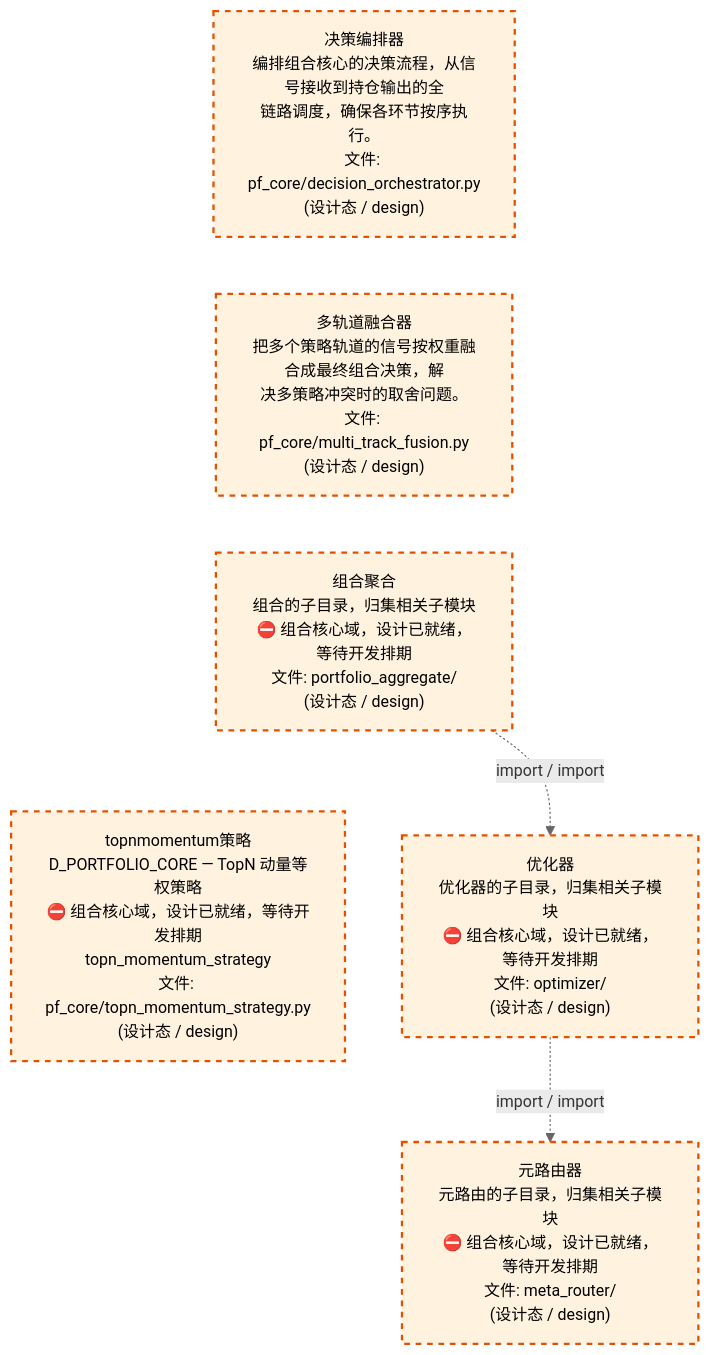
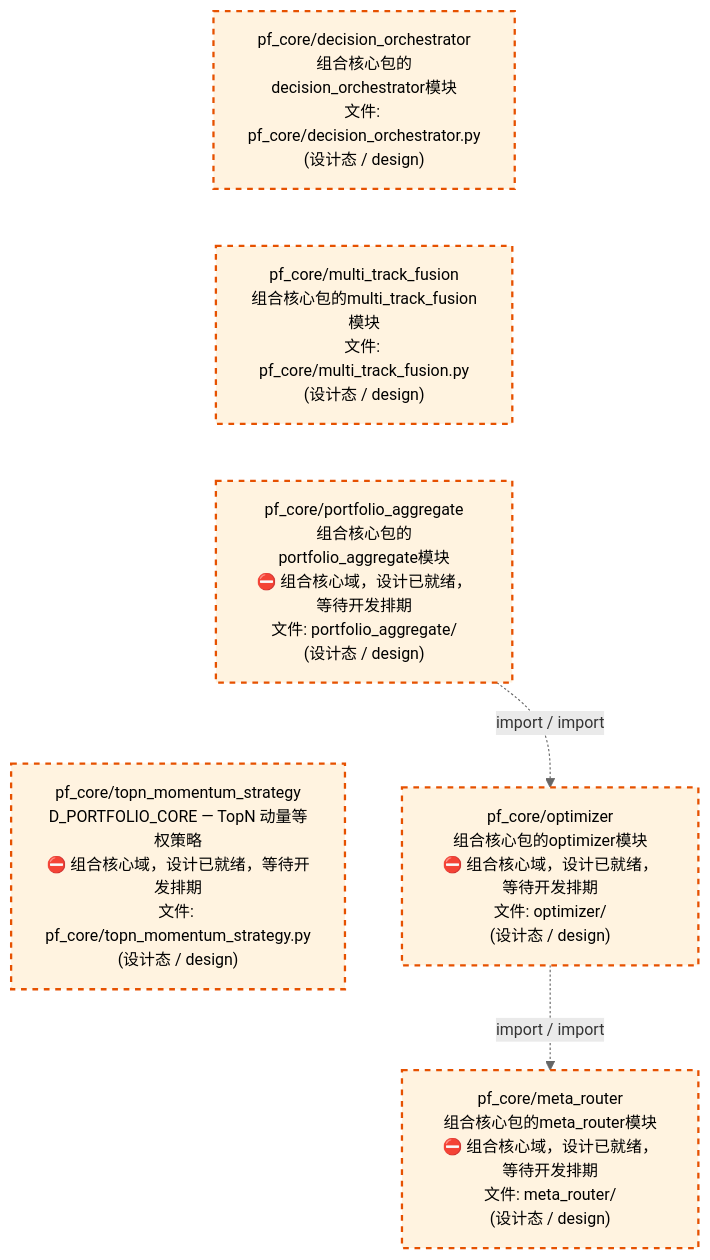
Before and after one commit to xuanFelixVan/ZephyrAlpha: the third of 4 diagrams in docs/02_enterprise_architecture/02_domain_architecture_docs/63_d_pf_core.md, drawn with Mermaid. The commit also changed other lines of this file and 58 other files, not shown here.

````diff
--- a/docs/02_enterprise_architecture/02_domain_architecture_docs/63_d_pf_core.md
+++ b/docs/02_enterprise_architecture/02_domain_architecture_docs/63_d_pf_core.md
@@ -180,20 +180,20 @@
 ```mermaid
 %%{init: {'theme': 'base', 'themeVariables': {'primaryColor': '#eaeaea', 'primaryTextColor': '#333333', 'primaryBorderColor': '#666666', 'lineColor': '#666666', 'secondaryColor': '#eaeaea', 'tertiaryColor': '#eaeaea', 'fontSize': '14px'}}}%%
 flowchart TD
-    src_zephyr_pf_core_decision_orchestrator_py["决策编排器<br/>编排组合核心的决策流程，从信号接收到持仓输出的全<br/>链路调度，确保各环节按序执行。<br/>文件: pf_core/decision_orchestrator.py<br/>(设计态 / design)"]
-    src_zephyr_pf_core_multi_track_fusion_py["多轨道融合器<br/>把多个策略轨道的信号按权重融合成最终组合决策，解<br/>决多策略冲突时的取舍问题。<br/>文件: pf_core/multi_track_fusion.py<br/>(设计态 / design)"]
-    src_zephyr_pf_core_portfolio_aggregate["组合聚合<br/>组合的子目录，归集相关子模块<br/>⛔ 组合核心域，设计已就绪，等待开发排期<br/>文件: portfolio_aggregate/<br/>(设计态 / design)"]
-    src_zephyr_pf_core_topn_momentum_strategy_py["topnmomentum策略<br/>D_PORTFOLIO_CORE — TopN 动量等权策略<br/>⛔ 组合核心域，设计已就绪，等待开发排期<br/>topn_momentum_strategy<br/>文件: pf_core/topn_momentum_strategy.py<br/>(设计态 / design)"]
+    src_zephyr_pf_core_decision_orchestrator_py["pf_core/decision_orchestrator<br/>组合核心包的decision_orchestrator模块<br/>文件: pf_core/decision_orchestrator.py<br/>(设计态 / design)"]
+    src_zephyr_pf_core_multi_track_fusion_py["pf_core/multi_track_fusion<br/>组合核心包的multi_track_fusion模块<br/>文件: pf_core/multi_track_fusion.py<br/>(设计态 / design)"]
+    src_zephyr_pf_core_portfolio_aggregate["pf_core/portfolio_aggregate<br/>组合核心包的portfolio_aggregate模块<br/>⛔ 组合核心域，设计已就绪，等待开发排期<br/>文件: portfolio_aggregate/<br/>(设计态 / design)"]
+    src_zephyr_pf_core_topn_momentum_strategy_py["pf_core/topn_momentum_strategy<br/>D_PORTFOLIO_CORE — TopN 动量等权策略<br/>⛔ 组合核心域，设计已就绪，等待开发排期<br/>文件: pf_core/topn_momentum_strategy.py<br/>(设计态 / design)"]
     src_zephyr_pf_core_decision_orchestrator_py ~~~ src_zephyr_pf_core_multi_track_fusion_py
     src_zephyr_pf_core_multi_track_fusion_py ~~~ src_zephyr_pf_core_portfolio_aggregate
     src_zephyr_pf_core_portfolio_aggregate ~~~ src_zephyr_pf_core_topn_momentum_strategy_py
-    src_zephyr_pf_core_optimizer["优化器<br/>优化器的子目录，归集相关子模块<br/>⛔ 组合核心域，设计已就绪，等待开发排期<br/>文件: optimizer/<br/>(设计态 / design)"]
-    src_zephyr_pf_core_meta_router["元路由器<br/>元路由的子目录，归集相关子模块<br/>⛔ 组合核心域，设计已就绪，等待开发排期<br/>文件: meta_router/<br/>(设计态 / design)"]
+    src_zephyr_pf_core_optimizer["pf_core/optimizer<br/>组合核心包的optimizer模块<br/>⛔ 组合核心域，设计已就绪，等待开发排期<br/>文件: optimizer/<br/>(设计态 / design)"]
+    src_zephyr_pf_core_meta_router["pf_core/meta_router<br/>组合核心包的meta_router模块<br/>⛔ 组合核心域，设计已就绪，等待开发排期<br/>文件: meta_router/<br/>(设计态 / design)"]
     src_zephyr_pf_core_optimizer -.->|import / import| src_zephyr_pf_core_meta_router
     src_zephyr_pf_core_portfolio_aggregate -.->|import / import| src_zephyr_pf_core_optimizer
     classDef production fill:#e1f5fe,stroke:#01579b,stroke-width:2px,color:#000
     classDef design fill:#fff3e0,stroke:#e65100,stroke-width:2px,color:#000,stroke-dasharray: 5 5
     classDef external_prod fill:#e8f4fd,stroke:#0277bd,stroke-width:1px,color:#000
     classDef external_design fill:#fff8e7,stroke:#ef6c00,stroke-width:1px,color:#000,stroke-dasharray: 5 5
     class src_zephyr_pf_core_decision_orchestrator_py,src_zephyr_pf_core_meta_router,src_zephyr_pf_core_multi_track_fusion_py,src_zephyr_pf_core_optimizer,src_zephyr_pf_core_portfolio_aggregate,src_zephyr_pf_core_topn_momentum_strategy_py design
 ```
````
